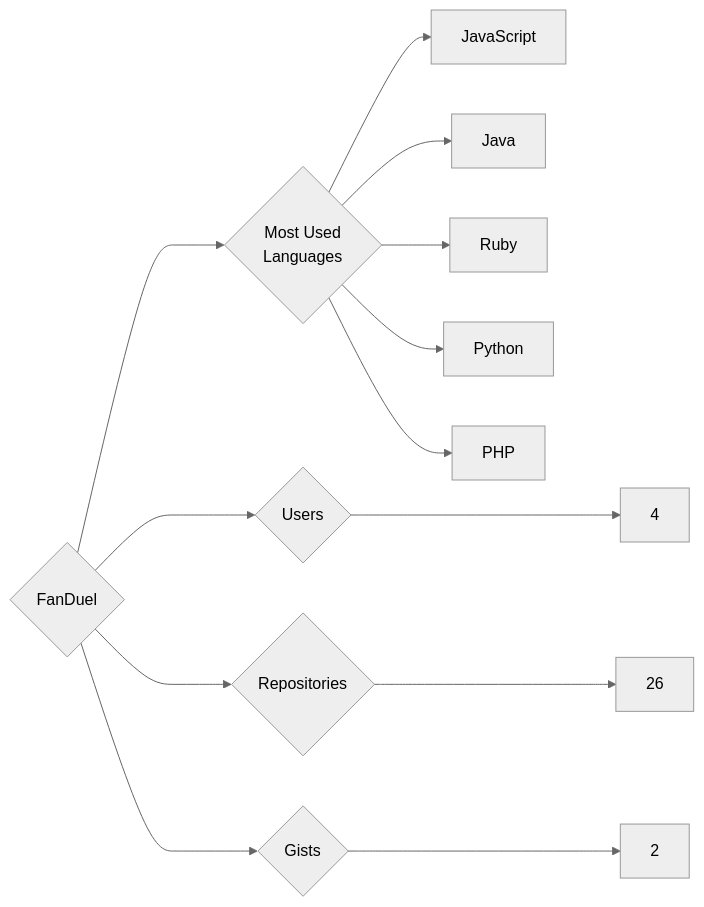
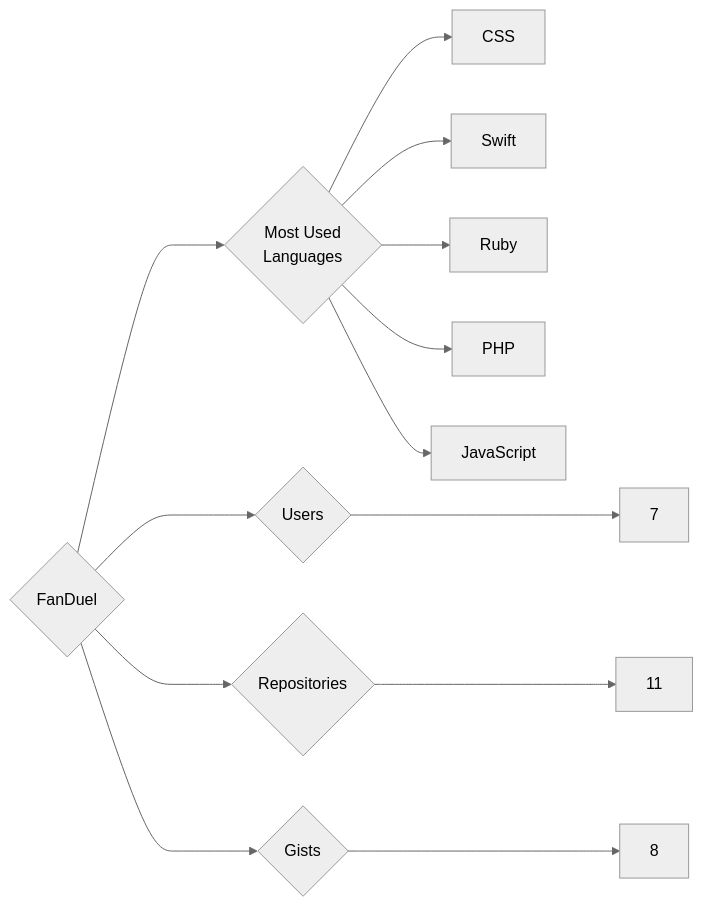
The diagram in targets/FanDuel/README.md (trickest/insiders), drawn with Mermaid (neutral theme) before and after one commit. The commit also changed 1023 other files, not shown here.

````diff
--- a/targets/FanDuel/README.md
+++ b/targets/FanDuel/README.md
@@ -3,13 +3,13 @@
 ```mermaid
 graph LR
 COMPANY_NAME{FanDuel}
-COMPANY_NAME ---> U{Users} ---> UN[4]
-COMPANY_NAME ---> R{Repositories} ---> RN[26]
-COMPANY_NAME ---> G{Gists} ---> GN[2]
+COMPANY_NAME ---> U{Users} ---> UN[7]
+COMPANY_NAME ---> R{Repositories} ---> RN[11]
+COMPANY_NAME ---> G{Gists} ---> GN[8]
 COMPANY_NAME ---> ML{Most Used<br>Languages}
+ML --> CSS[CSS]
+ML --> Swift[Swift]
+ML --> Ruby[Ruby]
+ML --> PHP[PHP]
 ML --> JavaScript[JavaScript]
-ML --> Java[Java]
-ML --> Ruby[Ruby]
-ML --> Python[Python]
-ML --> PHP[PHP]
 ```
````
